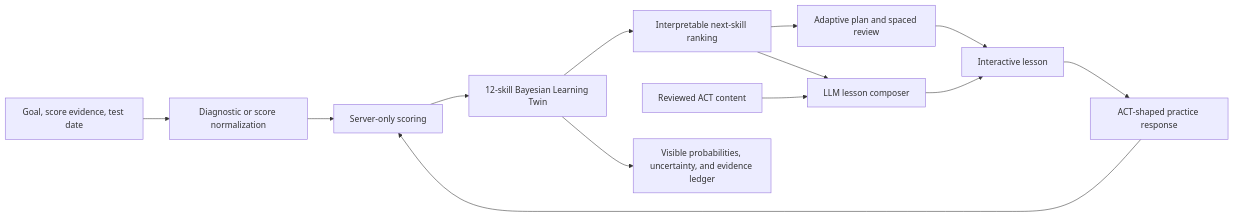
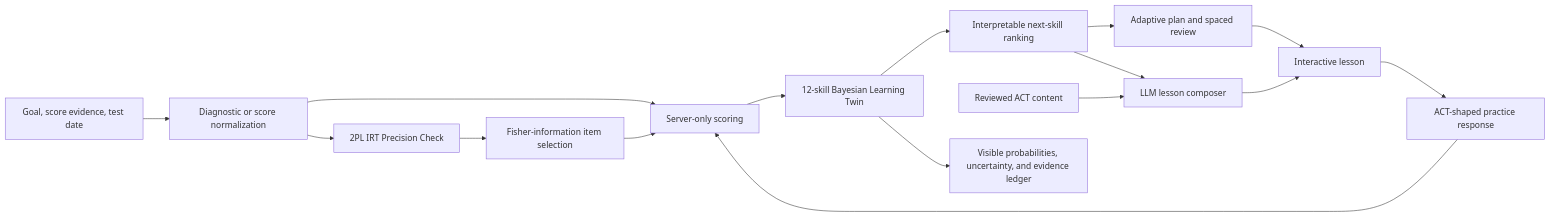
The diagram in docs/submission/ARCHITECTURE.md (Hvcvvbjj/act-tutor--Prelim-My-Version), drawn with Mermaid before and after one commit. The commit also changed other lines of this file and 28 other files, not shown here.

Commit message:
Add adaptive IRT precision engine

````diff
--- a/docs/submission/ARCHITECTURE.md
+++ b/docs/submission/ARCHITECTURE.md
@@ -5,15 +5,18 @@
 ```mermaid
 flowchart LR
     A["Goal, score evidence, test date"] --> B["Diagnostic or score normalization"]
     B --> C["Server-only scoring"]
+    B --> L["2PL IRT Precision Check"]
+    L --> M["Fisher-information item selection"]
+    M --> C
     C --> D["12-skill Bayesian Learning Twin"]
     D --> E["Interpretable next-skill ranking"]
     E --> F["Adaptive plan and spaced review"]
     E --> G["LLM lesson composer"]
     H["Reviewed ACT content"] --> G
     G --> I["Interactive lesson"]
     F --> I
     I --> J["ACT-shaped practice response"]
     J --> C
     D --> K["Visible probabilities, uncertainty, and evidence ledger"]
 ```
````
